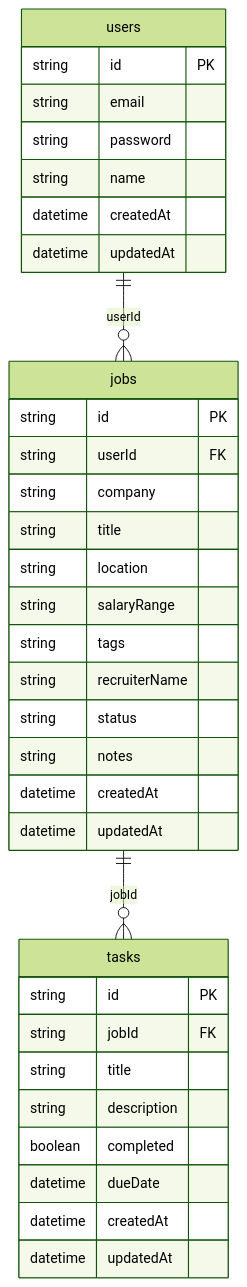
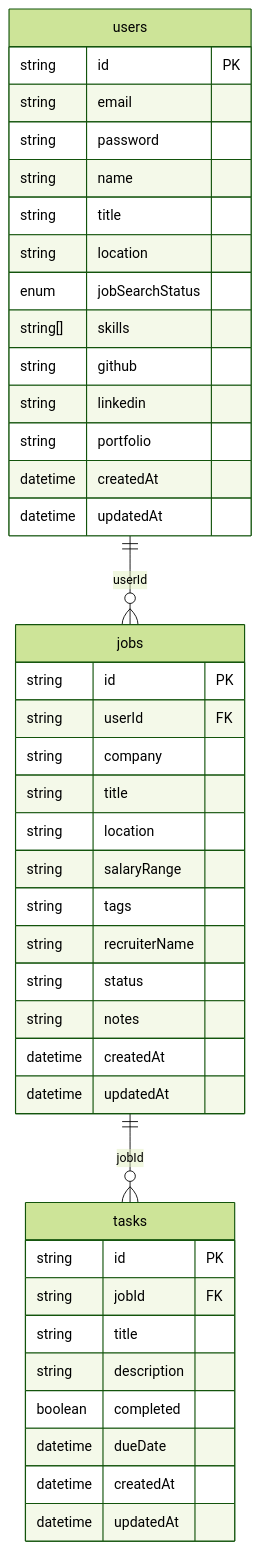
The diagram in README.md (Icerock10/dev-dash), drawn with Mermaid (forest theme) before and after one commit. The commit also changed 33 other files, not shown here.

````diff
--- a/README.md
+++ b/README.md
@@ -35,37 +35,44 @@
 ```mermaid
 erDiagram
     users ||--o{ jobs : "userId"
     jobs ||--o{ tasks : "jobId"
     users {
         string id PK
         string email
         string password
         string name
+        string title
+        string location
+        enum jobSearchStatus
+        string[] skills
+        string github
+        string linkedin
+        string portfolio
         datetime createdAt
         datetime updatedAt
     }
     jobs {
         string id PK
         string userId FK
         string company
         string title
         string location
         string salaryRange
         string tags
         string recruiterName
         string status
         string notes
         datetime createdAt
         datetime updatedAt
     }
     tasks {
         string id PK
         string jobId FK
         string title
         string description
         boolean completed
         datetime dueDate
         datetime createdAt
         datetime updatedAt
     }
 ```
````
